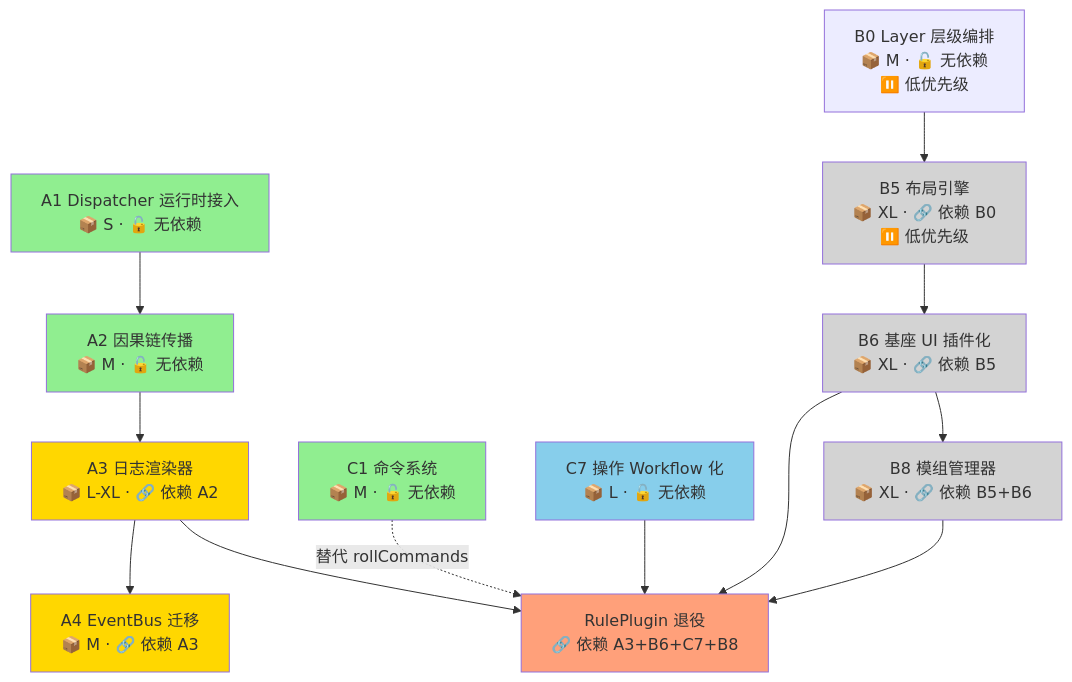
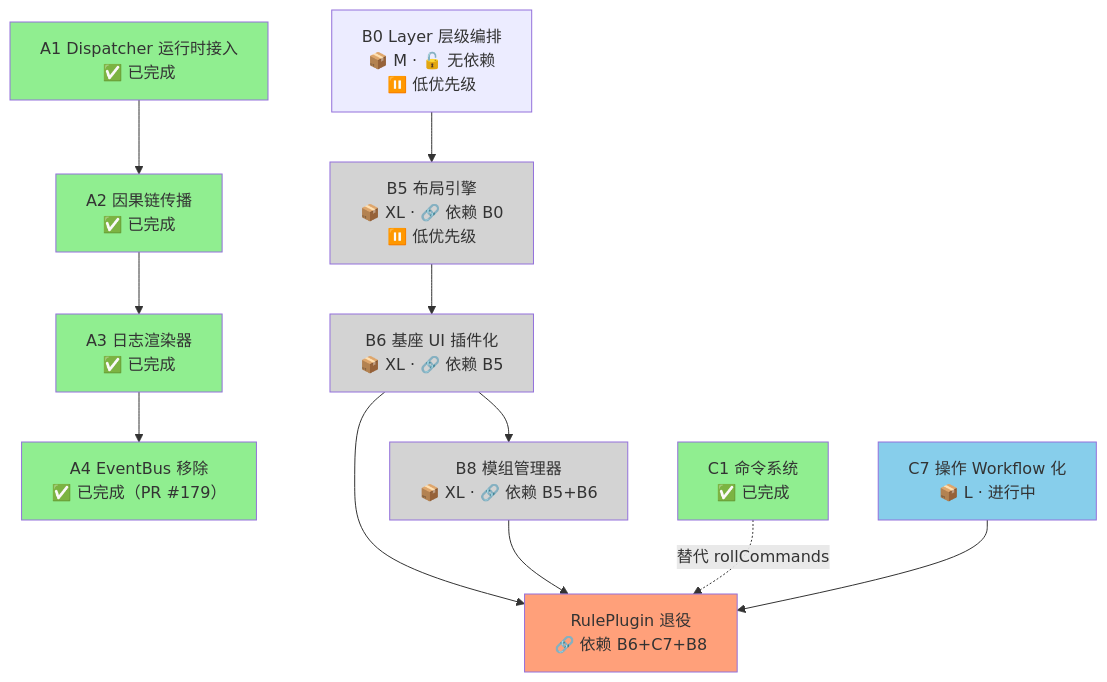
One commit to RidRisR/myVTT changed the eighth of 18 diagrams in docs/design/17-插件系统演进路线.md. Above: the diagram before and after it, drawn with Mermaid. The commit also changed other lines of this file and 64 other files, not shown here.

````diff
--- a/docs/design/17-插件系统演进路线.md
+++ b/docs/design/17-插件系统演进路线.md
@@ -297,33 +300,32 @@
 ```mermaid
 graph TD
-    A1["A1 Dispatcher 运行时接入<br/>📦 S · 🔓 无依赖"]
-    A2["A2 因果链传播<br/>📦 M · 🔓 无依赖"]
-    A3["A3 日志渲染器<br/>📦 L-XL · 🔗 依赖 A2"]
-    A4["A4 EventBus 迁移<br/>📦 M · 🔗 依赖 A3"]
+    A1["A1 Dispatcher 运行时接入<br/>✅ 已完成"]
+    A2["A2 因果链传播<br/>✅ 已完成"]
+    A3["A3 日志渲染器<br/>✅ 已完成"]
+    A4["A4 EventBus 移除<br/>✅ 已完成（PR #179）"]
     B0["B0 Layer 层级编排<br/>📦 M · 🔓 无依赖<br/>⏸️ 低优先级"]
     B1["B5 布局引擎<br/>📦 XL · 🔗 依赖 B0<br/>⏸️ 低优先级"]
     B2["B6 基座 UI 插件化<br/>📦 XL · 🔗 依赖 B5"]
-    C1["C1 命令系统<br/>📦 M · 🔓 无依赖"]
-    C2["C7 操作 Workflow 化<br/>📦 L · 🔓 无依赖"]
+    C1["C1 命令系统<br/>✅ 已完成"]
+    C2["C7 操作 Workflow 化<br/>📦 L · 进行中"]
     B3["B8 模组管理器<br/>📦 XL · 🔗 依赖 B5+B6"]
-    FIN["RulePlugin 退役<br/>🔗 依赖 A3+B6+C7+B8"]
+    FIN["RulePlugin 退役<br/>🔗 依赖 B6+C7+B8"]
 
     A1 --> A2 --> A3 --> A4
-    A3 --> FIN
     B0 --> B1
     B1 --> B2 --> FIN
     B2 --> B3 --> FIN
     C1 -.->|替代 rollCommands| FIN
     C2 --> FIN
 
     style A1 fill:#90EE90
     style A2 fill:#90EE90
+    style A3 fill:#90EE90
+    style A4 fill:#90EE90
     style C1 fill:#90EE90
-    style A3 fill:#FFD700
-    style A4 fill:#FFD700
     style B1 fill:#D3D3D3
     style B2 fill:#D3D3D3
     style B3 fill:#D3D3D3
     style C2 fill:#87CEEB
     style FIN fill:#FFA07A
 ```
````
